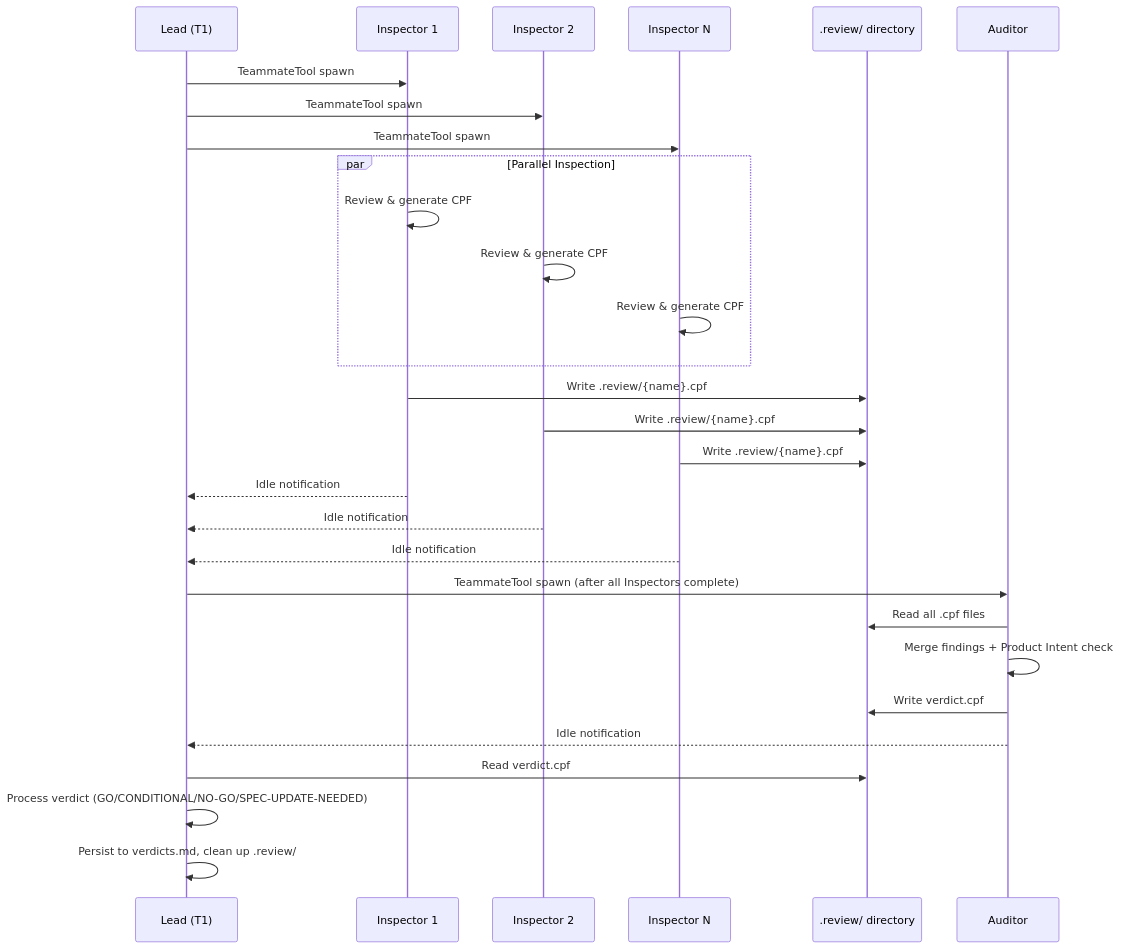
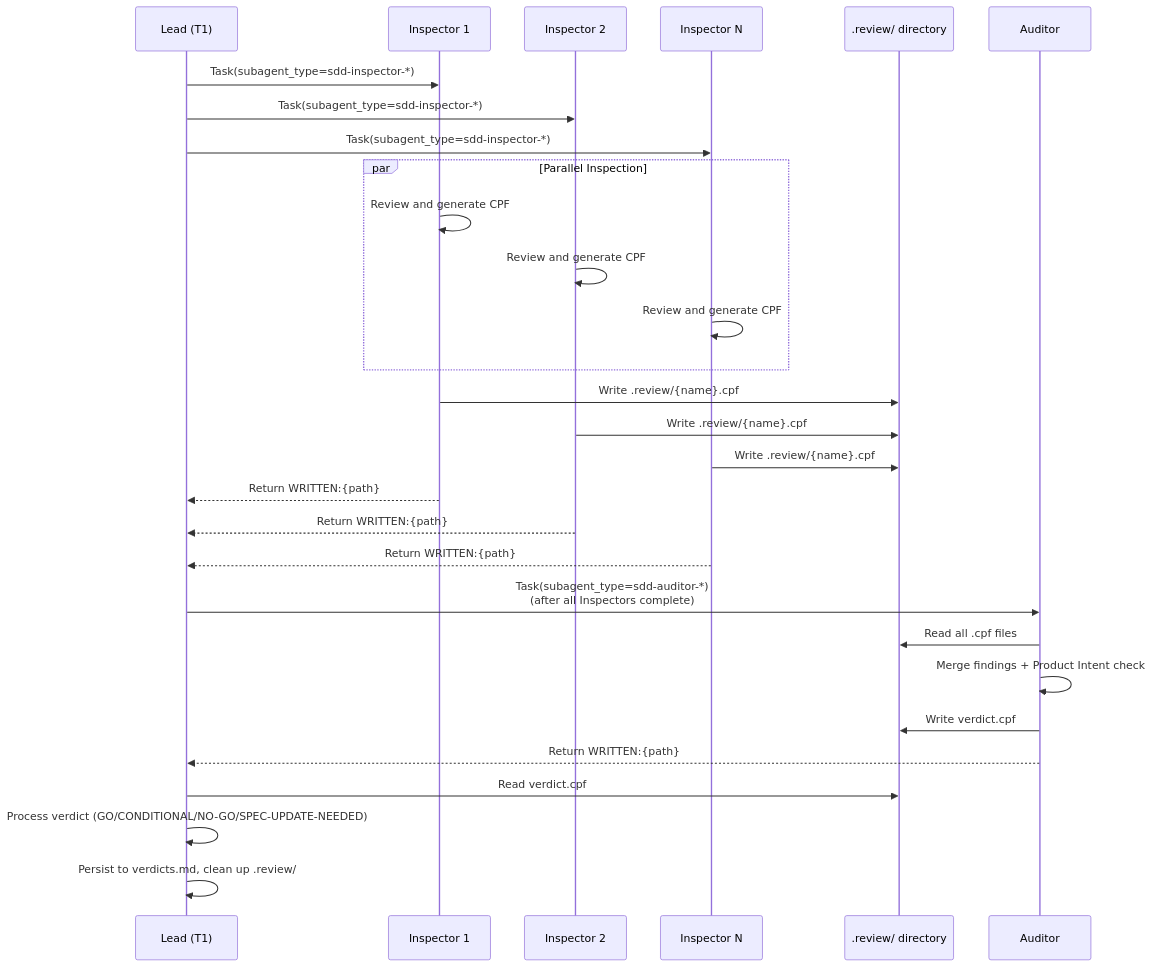
The fourth of 4 diagrams in .claude/sdd/project/specs/core-architecture/design.md (sync-dev-org/sync-sdd), drawn with Mermaid before and after one commit. The commit also changed other lines of this file and 45 other files, not shown here.

First line of the commit message:
Migrate from Agent Teams to SubAgent architecture

````diff
--- a/.claude/sdd/project/specs/core-architecture/design.md
+++ b/.claude/sdd/project/specs/core-architecture/design.md
@@ -273,35 +325,35 @@
 ```mermaid
 sequenceDiagram
     participant L as Lead (T1)
     participant I1 as Inspector 1
     participant I2 as Inspector 2
     participant IN as Inspector N
     participant RD as .review/ directory
     participant A as Auditor
 
-    L->>I1: TeammateTool spawn
-    L->>I2: TeammateTool spawn
-    L->>IN: TeammateTool spawn
+    L->>I1: Task(subagent_type=sdd-inspector-*)
+    L->>I2: Task(subagent_type=sdd-inspector-*)
+    L->>IN: Task(subagent_type=sdd-inspector-*)
 
     par Parallel Inspection
-        I1->>I1: Review & generate CPF
-        I2->>I2: Review & generate CPF
-        IN->>IN: Review & generate CPF
+        I1->>I1: Review and generate CPF
+        I2->>I2: Review and generate CPF
+        IN->>IN: Review and generate CPF
     end
 
     I1->>RD: Write .review/{name}.cpf
     I2->>RD: Write .review/{name}.cpf
     IN->>RD: Write .review/{name}.cpf
-    I1-->>L: Idle notification
-    I2-->>L: Idle notification
-    IN-->>L: Idle notification
+    I1-->>L: Return WRITTEN:{path}
+    I2-->>L: Return WRITTEN:{path}
+    IN-->>L: Return WRITTEN:{path}
 
-    L->>A: TeammateTool spawn (after all Inspectors complete)
+    L->>A: Task(subagent_type=sdd-auditor-*)<br/>(after all Inspectors complete)
     A->>RD: Read all .cpf files
     A->>A: Merge findings + Product Intent check
     A->>RD: Write verdict.cpf
-    A-->>L: Idle notification
+    A-->>L: Return WRITTEN:{path}
     L->>RD: Read verdict.cpf
     L->>L: Process verdict (GO/CONDITIONAL/NO-GO/SPEC-UPDATE-NEEDED)
     L->>L: Persist to verdicts.md, clean up .review/
 ```
````
